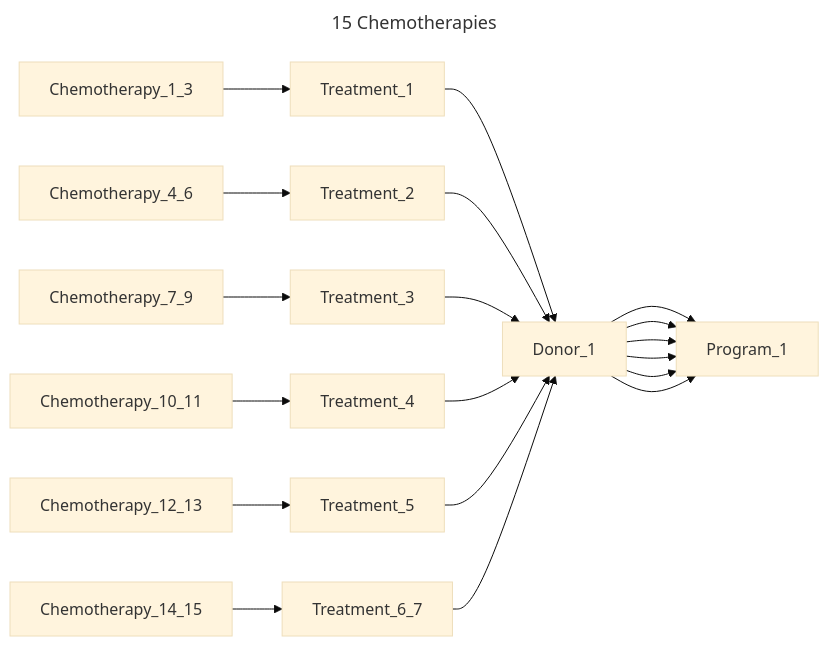
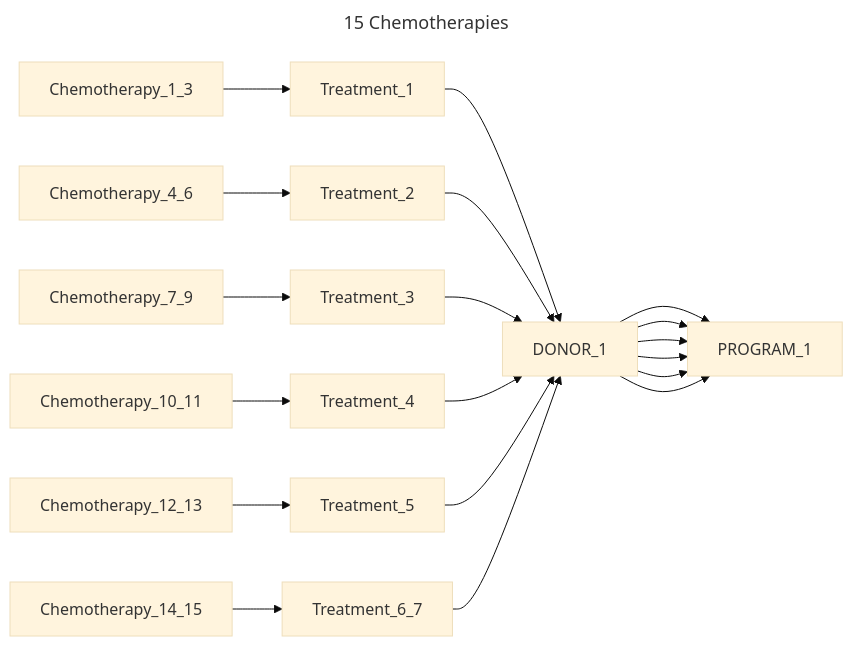
One commit to CanDIG/katsu changed the sixth of 14 diagrams in chord_metadata_service/mohpackets/data/small_dataset/README.md. Above: the diagram before and after it, drawn with Mermaid (base theme). The commit also changed other lines of this file and 2 other files, not shown here.

Commit message:
check mermaid diagrams

````diff
--- a/chord_metadata_service/mohpackets/data/small_dataset/README.md
+++ b/chord_metadata_service/mohpackets/data/small_dataset/README.md
@@ -104,12 +112,12 @@
 ```mermaid
 ---
 title: 15 Chemotherapies
 ---
 graph LR;  
-  Chemotherapy_1_3 --> Treatment_1 --> Donor_1 --> Program_1;  
-  Chemotherapy_4_6 --> Treatment_2 --> Donor_1 --> Program_1;  
-  Chemotherapy_7_9 --> Treatment_3 --> Donor_1 --> Program_1;
-  Chemotherapy_10_11 --> Treatment_4 --> Donor_1 --> Program_1;
-  Chemotherapy_12_13 --> Treatment_5 --> Donor_1 --> Program_1;
-  Chemotherapy_14_15 --> Treatment_6_7 --> Donor_1 --> Program_1;
+  Chemotherapy_1_3 --> Treatment_1 --> DONOR_1 --> PROGRAM_1;  
+  Chemotherapy_4_6 --> Treatment_2 --> DONOR_1 --> PROGRAM_1;  
+  Chemotherapy_7_9 --> Treatment_3 --> DONOR_1 --> PROGRAM_1;
+  Chemotherapy_10_11 --> Treatment_4 --> DONOR_1 --> PROGRAM_1;
+  Chemotherapy_12_13 --> Treatment_5 --> DONOR_1 --> PROGRAM_1;
+  Chemotherapy_14_15 --> Treatment_6_7 --> DONOR_1 --> PROGRAM_1;
 ```
````
